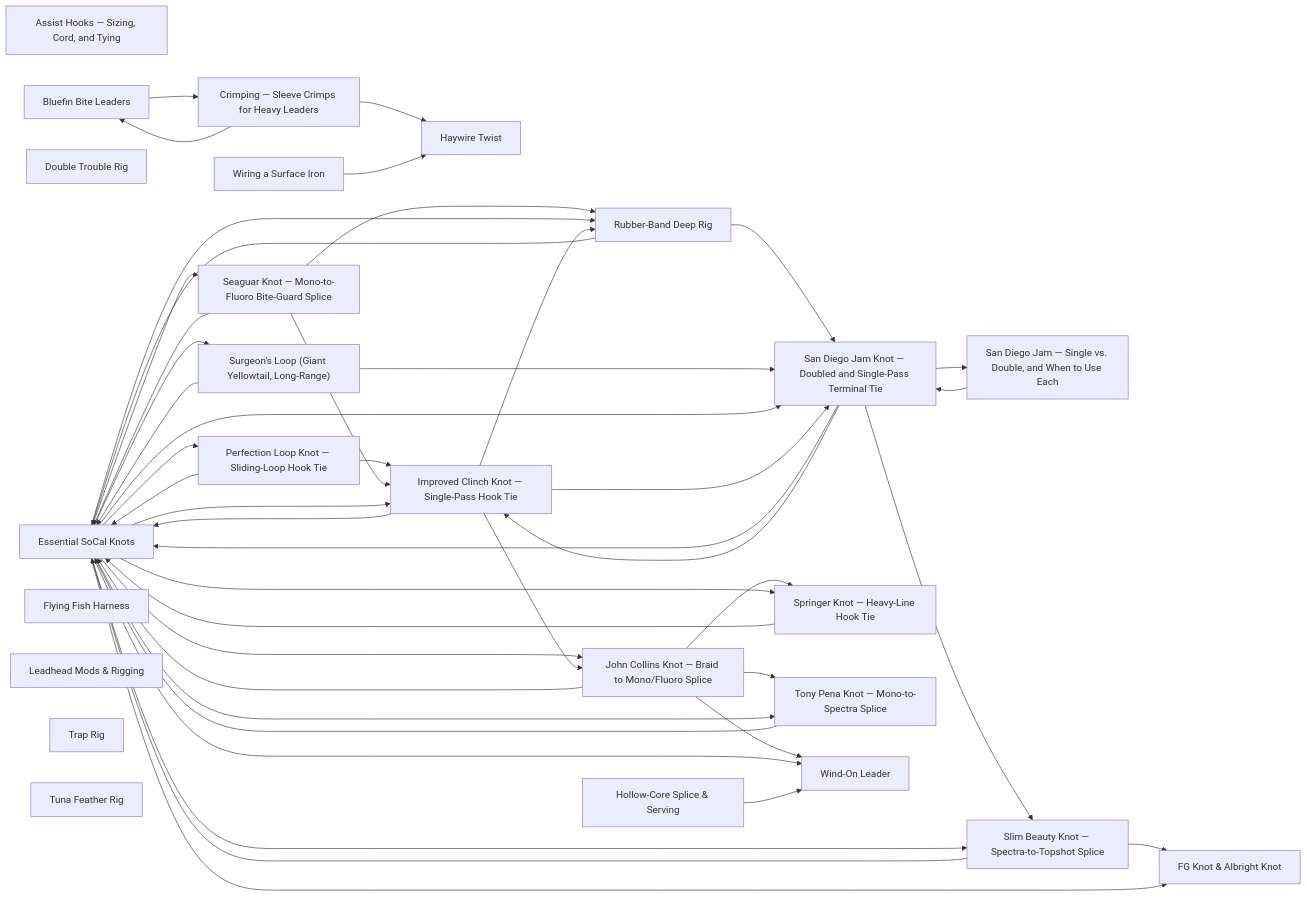
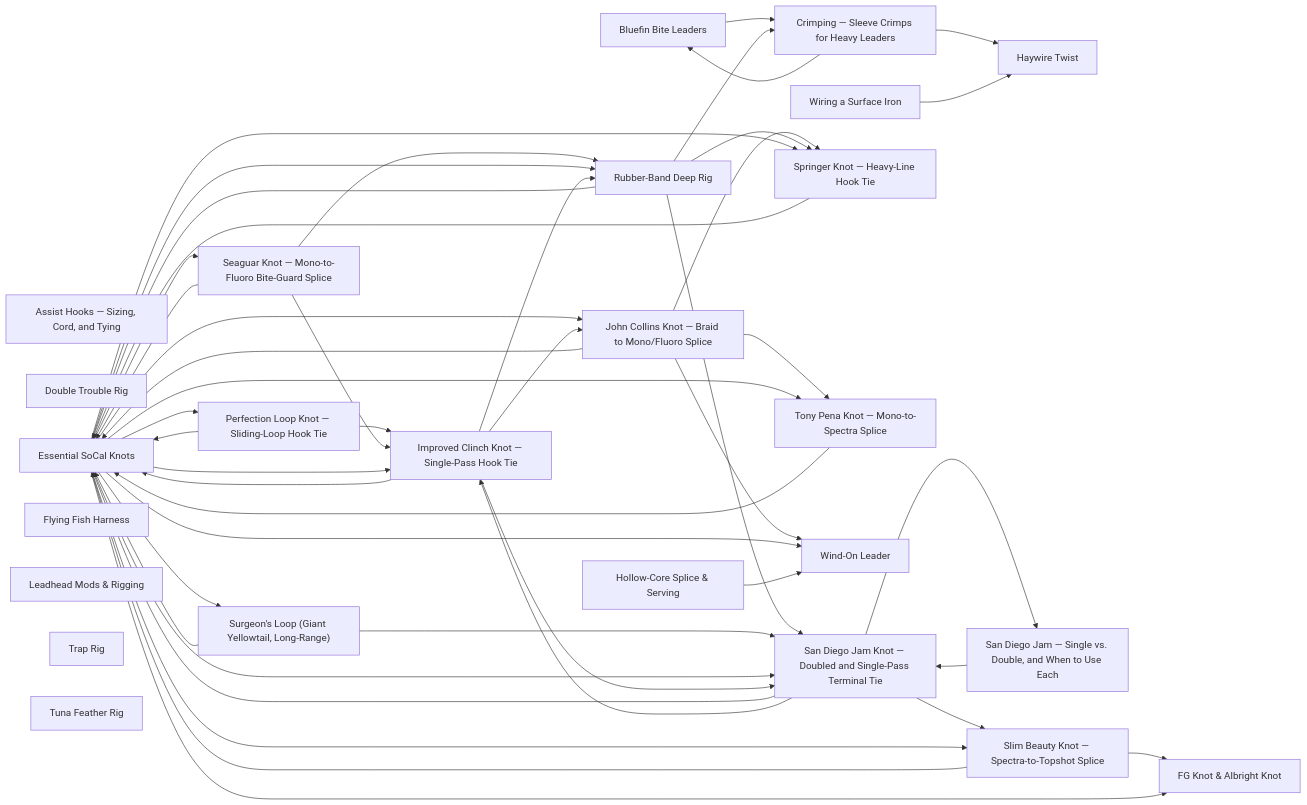
Before and after one commit to camchuckpete-max/Socal-Fishing-Knowledge: the diagram in rigging/README.md, drawn with Mermaid. The commit also changed 4 other files, not shown here.

````diff
--- a/rigging/README.md
+++ b/rigging/README.md
@@ -38,71 +38,73 @@
 ```mermaid
 graph LR
   n0["Assist Hooks — Sizing, Cord, and Tying"]
   n1["Bluefin Bite Leaders"]
   n2["Crimping — Sleeve Crimps for Heavy Leaders"]
   n3["Double Trouble Rig"]
   n4["Essential SoCal Knots"]
   n5["FG Knot & Albright Knot"]
   n6["Flying Fish Harness"]
   n7["Haywire Twist"]
   n8["Hollow-Core Splice & Serving"]
   n9["Improved Clinch Knot — Single-Pass Hook Tie"]
   n10["John Collins Knot — Braid to Mono/Fluoro Splice"]
   n11["Leadhead Mods & Rigging"]
   n12["Perfection Loop Knot — Sliding-Loop Hook Tie"]
   n13["Rubber-Band Deep Rig"]
   n14["San Diego Jam Knot — Doubled and Single-Pass Terminal Tie"]
   n15["San Diego Jam — Single vs. Double, and When to Use Each"]
   n16["Seaguar Knot — Mono-to-Fluoro Bite-Guard Splice"]
   n17["Slim Beauty Knot — Spectra-to-Topshot Splice"]
   n18["Springer Knot — Heavy-Line Hook Tie"]
   n19["Surgeon's Loop (Giant Yellowtail, Long-Range)"]
   n20["Tony Pena Knot — Mono-to-Spectra Splice"]
   n21["Trap Rig"]
   n22["Tuna Feather Rig"]
   n23["Wind-On Leader"]
   n24["Wiring a Surface Iron"]
   n1 --> n2
   n10 --> n18
   n10 --> n20
   n10 --> n23
   n10 --> n4
   n12 --> n4
   n12 --> n9
   n13 --> n14
+  n13 --> n18
+  n13 --> n2
   n13 --> n4
   n14 --> n15
   n14 --> n17
   n14 --> n4
   n14 --> n9
   n15 --> n14
   n16 --> n13
   n16 --> n4
   n16 --> n9
   n17 --> n4
   n17 --> n5
   n18 --> n4
   n19 --> n14
   n19 --> n4
   n2 --> n1
   n2 --> n7
   n20 --> n4
   n24 --> n7
   n4 --> n10
   n4 --> n12
   n4 --> n13
   n4 --> n14
   n4 --> n16
   n4 --> n17
   n4 --> n18
   n4 --> n19
   n4 --> n20
   n4 --> n23
   n4 --> n5
   n4 --> n9
   n8 --> n23
   n9 --> n10
   n9 --> n13
   n9 --> n14
   n9 --> n4
 ```
````
